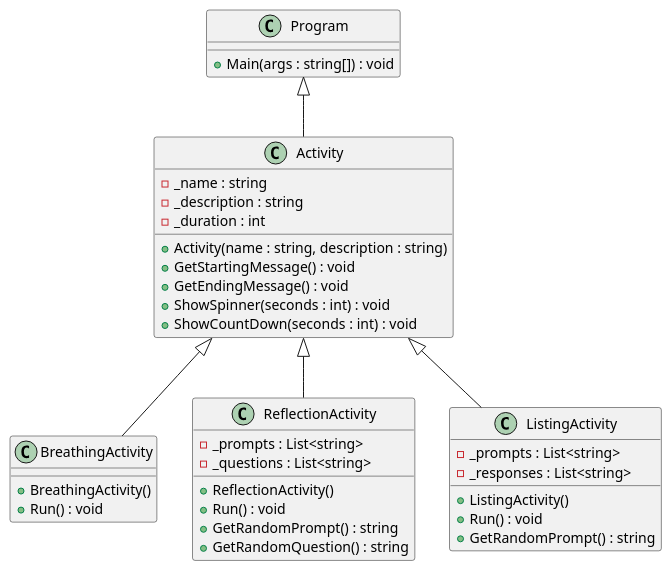
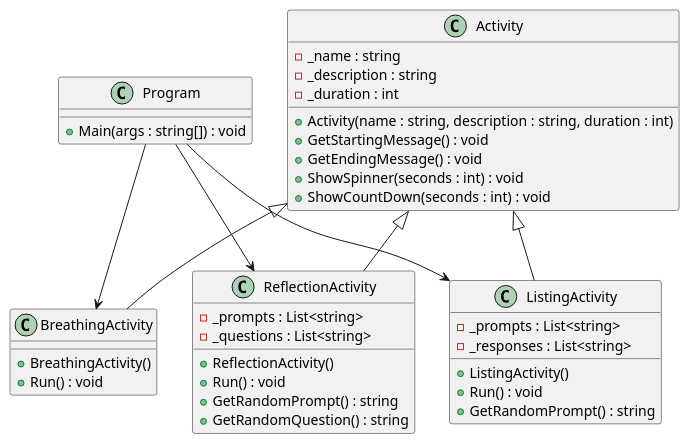
One commit to Marine-101/cse210-hw changed the diagram in prove/Develop04/Mindfulness.puml. Above: the diagram before and after it, drawn with PlantUML. The commit also changed 5 other files, not shown here.

```diff
--- a/prove/Develop04/Mindfulness.puml
+++ b/prove/Develop04/Mindfulness.puml
@@ -2,48 +1,53 @@
 @startuml Activity
 
 class Program {
     + Main(args : string[]) : void
 }
 
 class Activity {
     - _name : string
     - _description : string
     - _duration : int
 
-    + Activity(name : string, description : string)
+    + Activity(name : string, description : string, duration : int)
     + GetStartingMessage() : void
     + GetEndingMessage() : void
     + ShowSpinner(seconds : int) : void
     + ShowCountDown(seconds : int) : void
 }
 
 class BreathingActivity {
     + BreathingActivity()
     + Run() : void
 }
 
 class ReflectionActivity {
     - _prompts : List<string>
     - _questions : List<string>
 
     + ReflectionActivity()
     + Run() : void
     + GetRandomPrompt() : string
     + GetRandomQuestion() : string
 }
 
 class ListingActivity {
     - _prompts : List<string>
     - _responses : List<string>
 
     + ListingActivity()
     + Run() : void
     + GetRandomPrompt() : string
 }
 
+' Inheritance
 Activity <|-- BreathingActivity
 Activity <|-- ReflectionActivity
 Activity <|-- ListingActivity
-Program  <|-- Activity
+
+' Program interactions
+Program --> BreathingActivity
+Program --> ReflectionActivity
+Program --> ListingActivity
 
 @enduml
```
